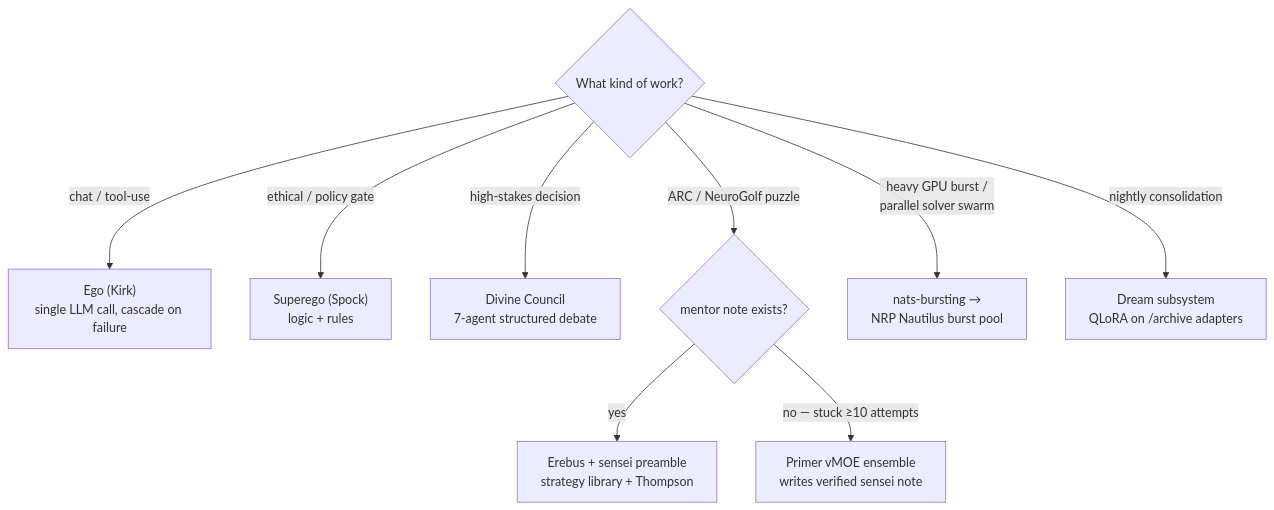
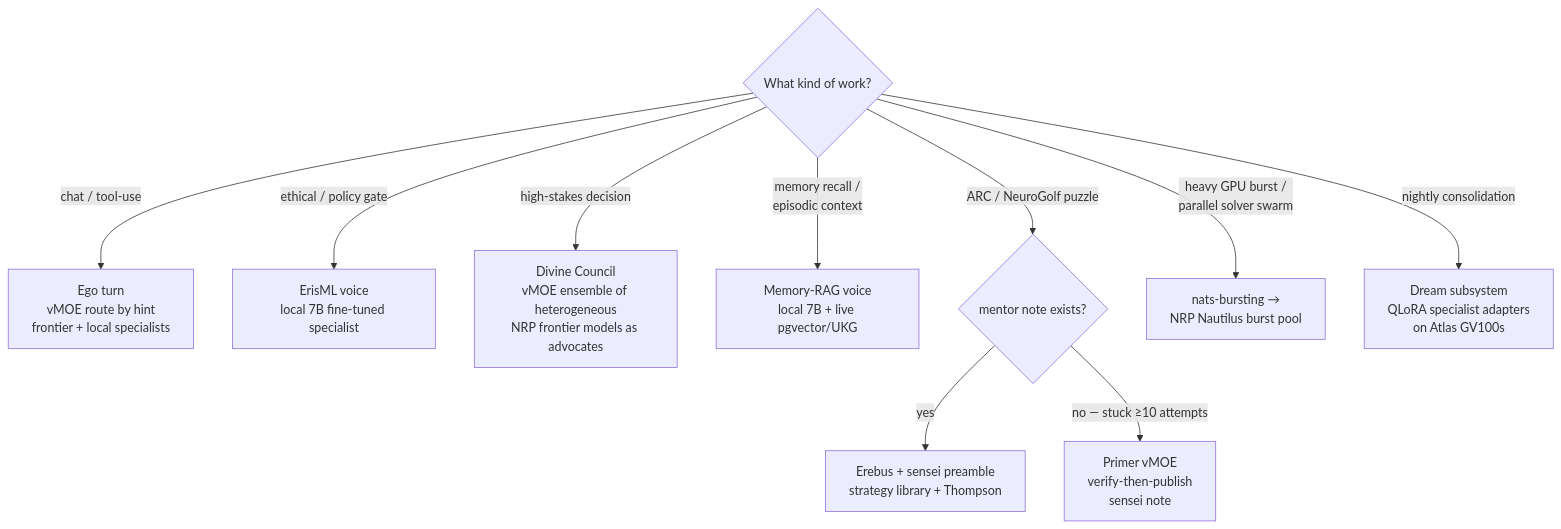
One commit to ahb-sjsu/agi-hpc changed the second of 5 diagrams in README.md. Above: the diagram before and after it, drawn with Mermaid. The commit also changed other lines of this file and 1 other file, not shown here.

````diff
--- a/README.md
+++ b/README.md
@@ -59,12 +68,13 @@
 ```mermaid
 flowchart TD
   Q{"What kind of work?"}
-  Q -->|"chat / tool-use"| Ego["Ego (Kirk)<br/>single LLM call, cascade on failure"]
-  Q -->|"ethical / policy gate"| Super["Superego (Spock)<br/>logic + rules"]
-  Q -->|"high-stakes decision"| Council["Divine Council<br/>7-agent structured debate"]
+  Q -->|"chat / tool-use"| Ego["Ego turn<br/>vMOE route by hint<br/>frontier + local specialists"]
+  Q -->|"ethical / policy gate"| Eth["ErisML voice<br/>local 7B fine-tuned specialist"]
+  Q -->|"high-stakes decision"| Council["Divine Council<br/>vMOE ensemble of heterogeneous<br/>NRP frontier models as advocates"]
+  Q -->|"memory recall /<br/>episodic context"| MemV["Memory-RAG voice<br/>local 7B + live pgvector/UKG"]
   Q -->|"ARC / NeuroGolf puzzle"| Sci{"mentor note exists?"}
   Sci -->|"yes"| SciLoop["Erebus + sensei preamble<br/>strategy library + Thompson"]
-  Sci -->|"no — stuck ≥10 attempts"| Prim["Primer vMOE ensemble<br/>writes verified sensei note"]
+  Sci -->|"no — stuck ≥10 attempts"| Prim["Primer vMOE<br/>verify-then-publish<br/>sensei note"]
   Q -->|"heavy GPU burst /<br/>parallel solver swarm"| Burst["nats-bursting →<br/>NRP Nautilus burst pool"]
-  Q -->|"nightly consolidation"| Dream["Dream subsystem<br/>QLoRA on /archive adapters"]
+  Q -->|"nightly consolidation"| Dream["Dream subsystem<br/>QLoRA specialist adapters<br/>on Atlas GV100s"]
 ```
````
